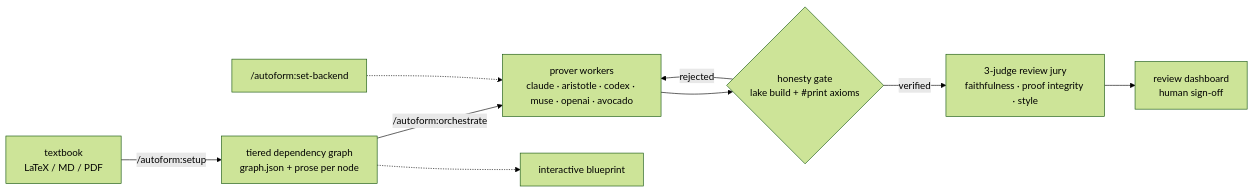
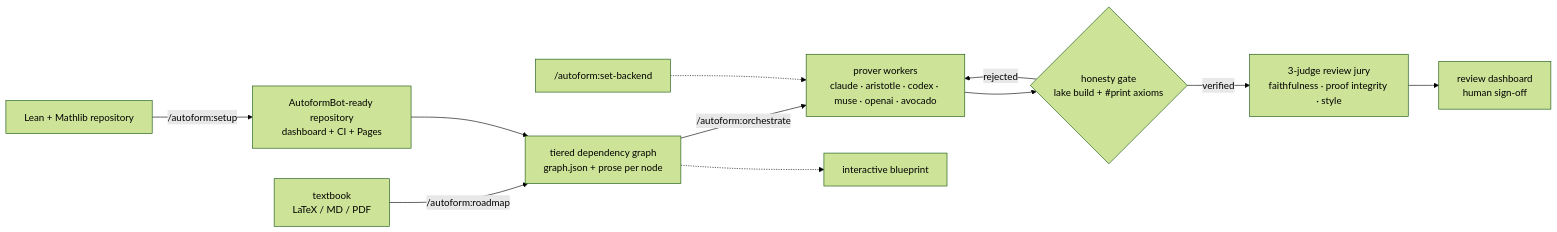
The diagram in README.md (VivienCabannes/autoform-bot), drawn with Mermaid (forest theme) before and after one commit. The commit also changed other lines of this file, not shown here.

Commit message:
docs: rename project to AutoformBot

````diff
--- a/README.md
+++ b/README.md
@@ -33,11 +33,13 @@
 ```mermaid
 flowchart LR
-    A[textbook<br/>LaTeX / MD / PDF] -->|/autoform:setup| B[tiered dependency graph<br/>graph.json + prose per node]
+    A[Lean + Mathlib repository] -->|/autoform:setup| R[AutoformBot-ready repository<br/>dashboard + CI + Pages]
+    S[textbook<br/>LaTeX / MD / PDF] -->|/autoform:roadmap| B[tiered dependency graph<br/>graph.json + prose per node]
+    R --> B
     B -->|/autoform:orchestrate| C[prover workers<br/>claude · aristotle · codex · muse · openai · avocado]
     C --> D{honesty gate<br/>lake build + #print axioms}
     D -->|rejected| C
     D -->|verified| E[3-judge review jury<br/>faithfulness · proof integrity · style]
     E --> F[review dashboard<br/>human sign-off]
     B -.-> G[interactive blueprint]
     H["/autoform:set-backend"] -.-> C
 ```
````
